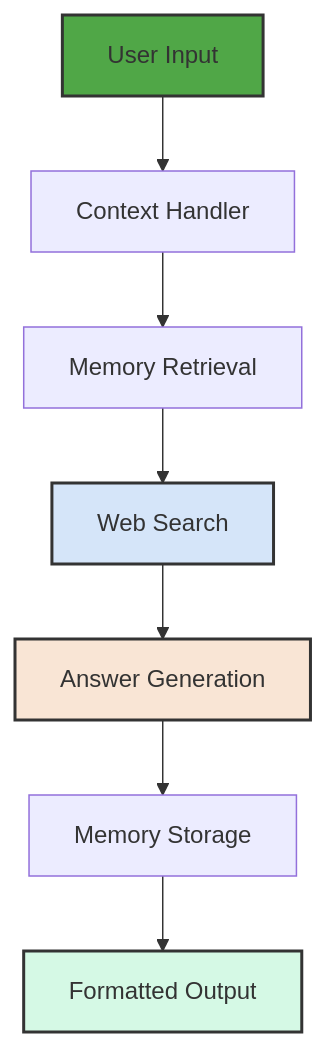
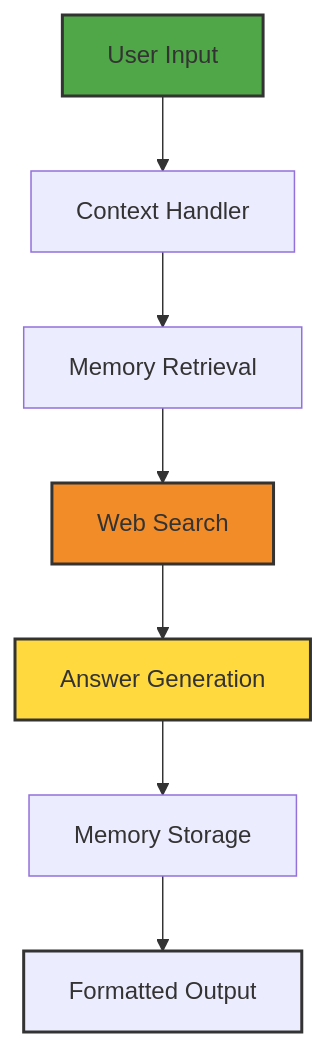
The diagram in README.md (tanush1852/Search_Engine), drawn with Mermaid before and after one commit. The commit also changed other lines of this file, not shown here.

````diff
--- a/README.md
+++ b/README.md
@@ -18,14 +18,14 @@
 ```mermaid
 graph TD
     A[User Input] --> B[Context Handler]
     B --> C[Memory Retrieval]
     C --> D[Web Search]
     D --> E[Answer Generation]
     E --> F[Memory Storage]
     F --> G[Formatted Output]
     
     style A fill:#50A747,stroke:#333,stroke-width:2px
-    style G fill:#d5f9e5,stroke:#333,stroke-width:2px
-    style D fill:#d5e5f9,stroke:#333,stroke-width:2px
-    style E fill:#f9e5d5,stroke:#333,stroke-width:2px
+    style G fill:##3A7CA5,stroke:#333,stroke-width:2px
+    style D fill:#F28C28,stroke:#333,stroke-width:2px
+    style E fill:#FFD93D,stroke:#333,stroke-width:2px
 ```
````
